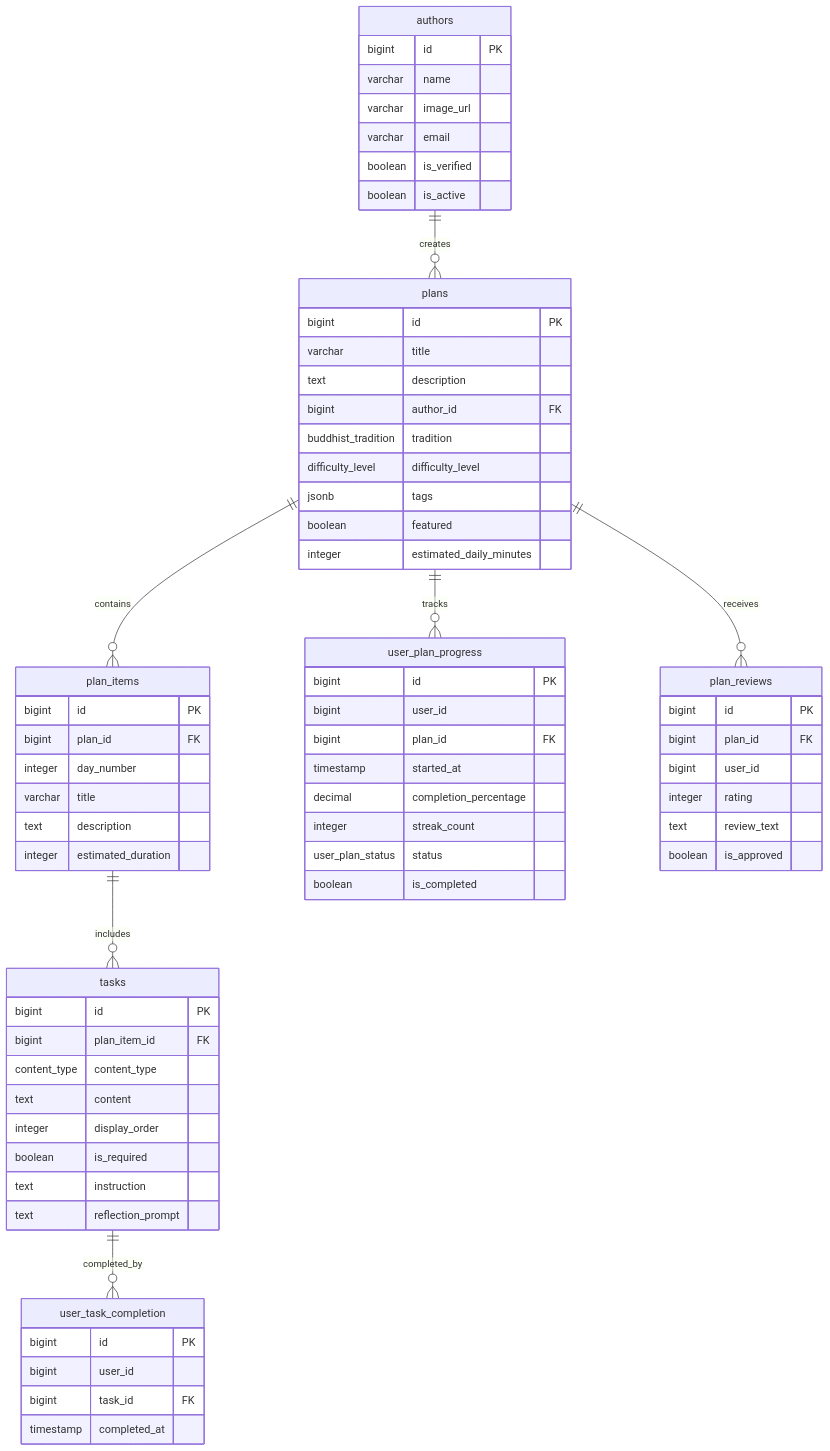
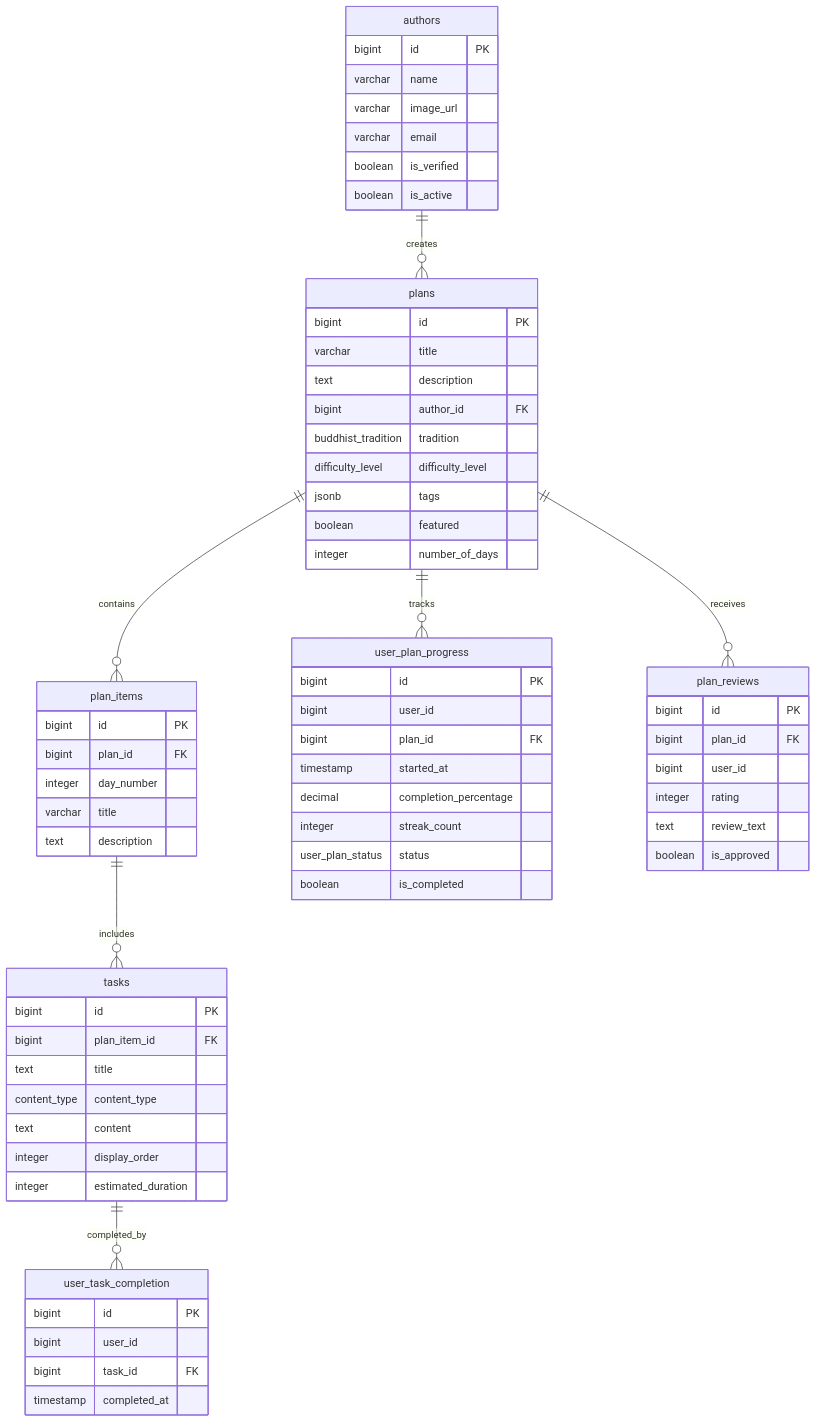
One commit to OpenPecha/plan_documentation changed the first of 3 diagrams in docs/database/database-schema-diagram.md. Above: the diagram before and after it, drawn with Mermaid.

Commit message:
removed unwanted attributes

````diff
--- a/docs/database/database-schema-diagram.md
+++ b/docs/database/database-schema-diagram.md
@@ -93,77 +93,75 @@
 ```mermaid
 erDiagram
     authors {
         bigint id PK
         varchar name
         varchar image_url
         varchar email
         boolean is_verified
         boolean is_active
     }
 
     plans {
         bigint id PK
         varchar title
         text description
         bigint author_id FK
         buddhist_tradition tradition
         difficulty_level difficulty_level
         jsonb tags
         boolean featured
-        integer estimated_daily_minutes
+        integer number_of_days
     }
 
     plan_items {
         bigint id PK
         bigint plan_id FK
         integer day_number
         varchar title
         text description
-        integer estimated_duration
     }
 
     tasks {
         bigint id PK
         bigint plan_item_id FK
+        text title
         content_type content_type
         text content
         integer display_order
-        boolean is_required
-        text instruction
-        text reflection_prompt
+        integer estimated_duration
     }
 
     user_plan_progress {
         bigint id PK
         bigint user_id
         bigint plan_id FK
         timestamp started_at
         decimal completion_percentage
         integer streak_count
         user_plan_status status
         boolean is_completed
     }
 
     user_task_completion {
         bigint id PK
         bigint user_id
         bigint task_id FK
         timestamp completed_at
     }
 
     plan_reviews {
         bigint id PK
         bigint plan_id FK
         bigint user_id
         integer rating
         text review_text
         boolean is_approved
     }
 
     authors ||--o{ plans : creates
     plans ||--o{ plan_items : contains
     plan_items ||--o{ tasks : includes
     plans ||--o{ user_plan_progress : tracks
     plans ||--o{ plan_reviews : receives
     tasks ||--o{ user_task_completion : completed_by
 ```
````
